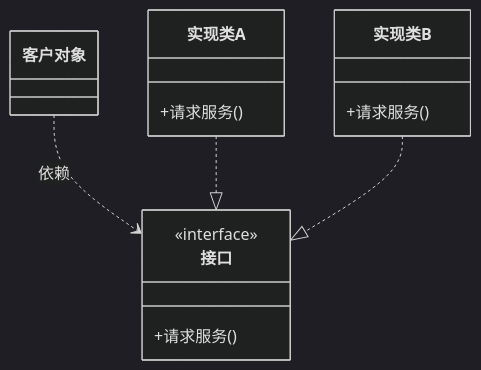
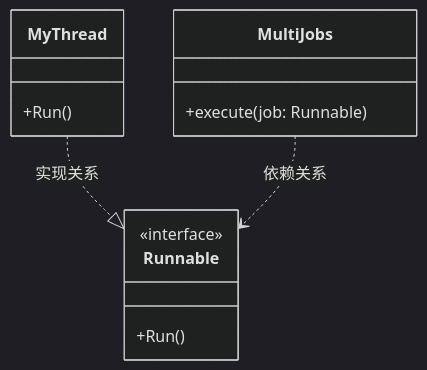
One commit to crashingby/homepage changed the eighth of 13 diagrams in src/content/blog/Software-Construction/Chap03.md. Above: the diagram before and after it, drawn with Mermaid (dark theme). The commit also changed other lines of this file and 6 other files, not shown here.

````diff
--- a/src/content/blog/Software-Construction/Chap03.md
+++ b/src/content/blog/Software-Construction/Chap03.md
@@ -552,17 +430,18 @@
 ```mermaid
 classDiagram
-  class 客户对象
-  class 接口 {
+  class Runnable {
     <<interface>>
-    +请求服务()
+    +Run()
   }
-  class 实现类A {
-    +请求服务()
+
+  class MyThread {
+    +Run()
   }
-  class 实现类B {
-    +请求服务()
+
+  class MultiJobs {
+    +execute(job: Runnable)
   }
-  客户对象 ..> 接口 : 依赖
-  实现类A ..|> 接口
-  实现类B ..|> 接口
+
+  MyThread ..|> Runnable : 实现关系
+  MultiJobs ..> Runnable : 依赖关系
 ```
````
